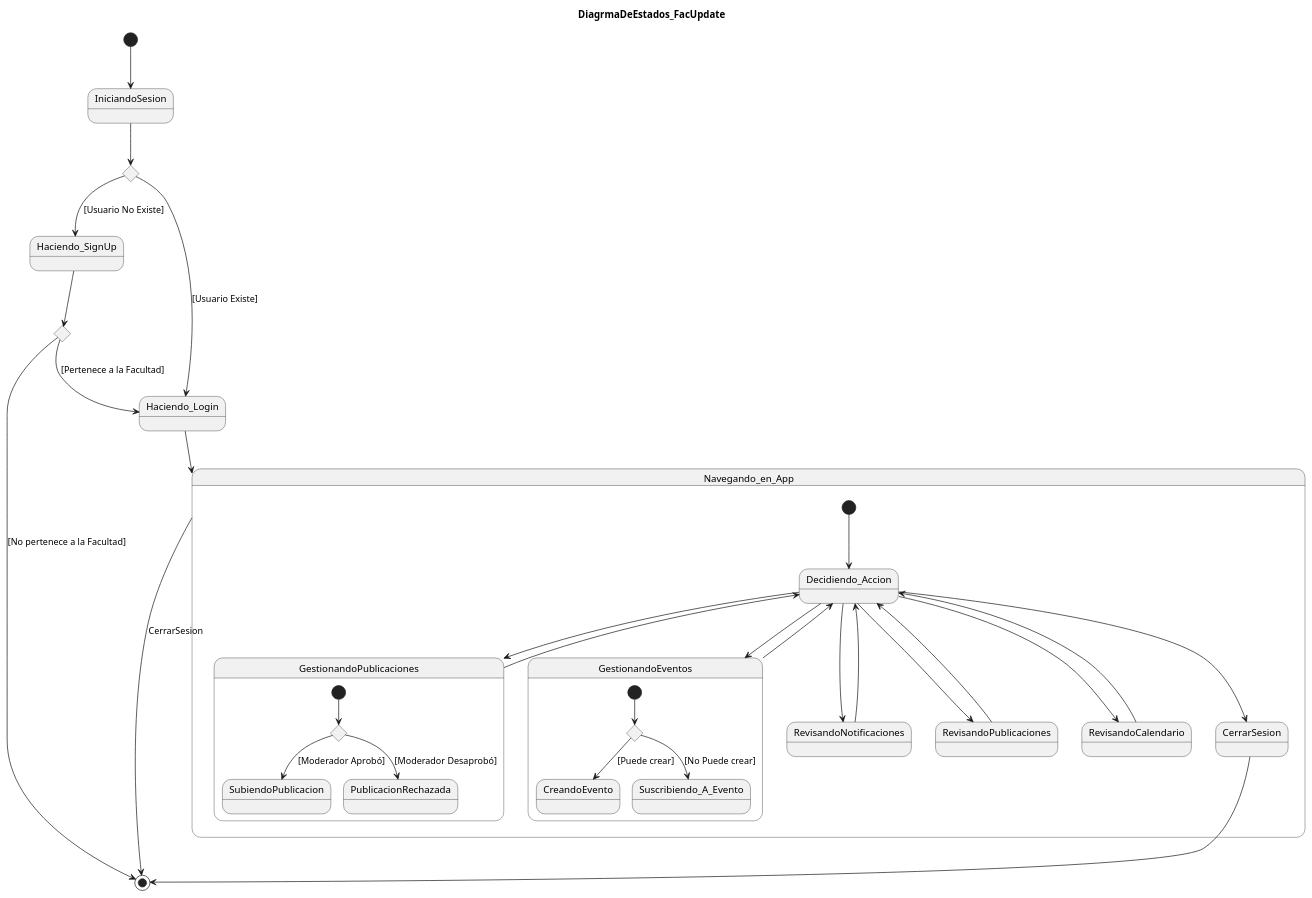
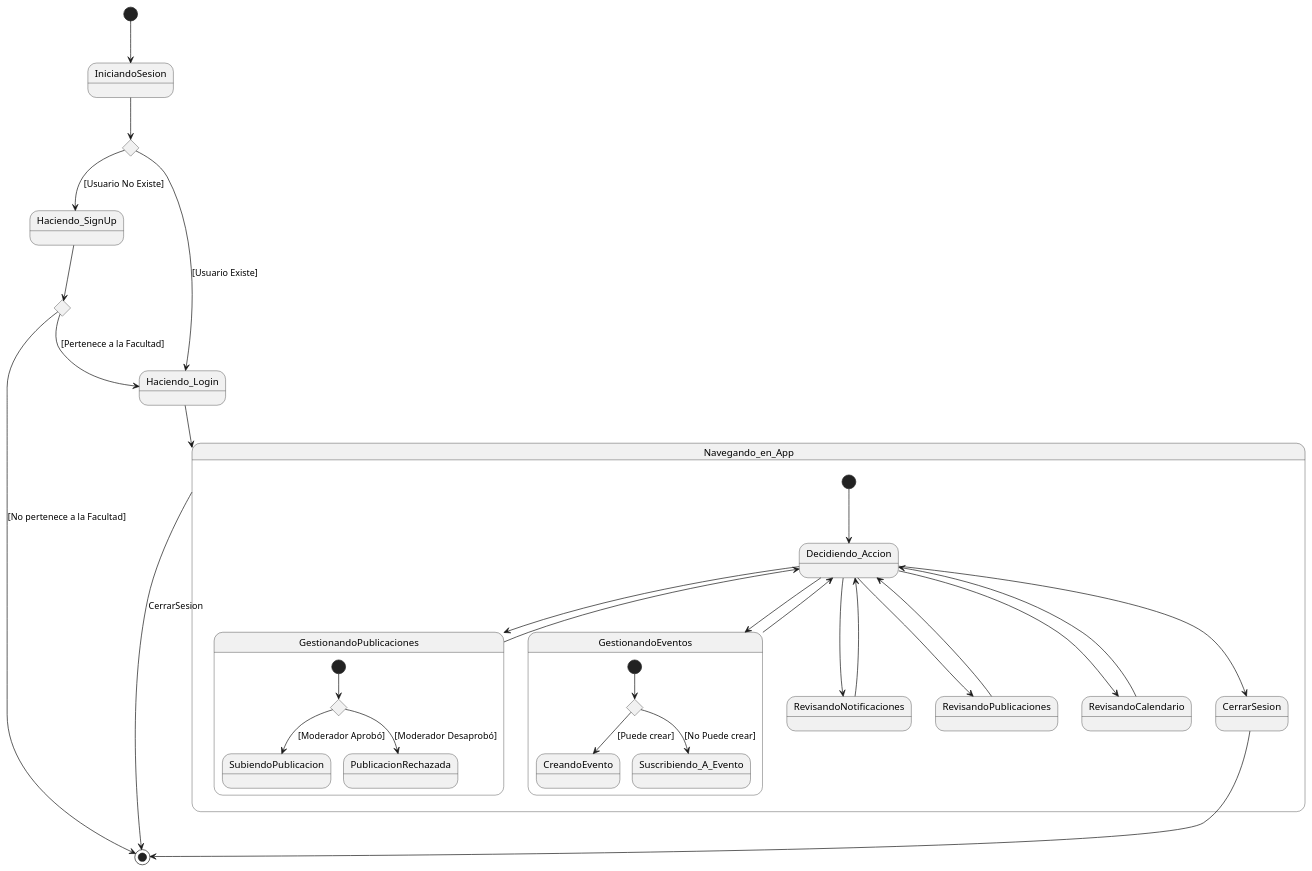
The diagram in docs/scenariosView/stateDiagram.plantuml (Danfloca02/ProyectoFacUpdate), drawn with PlantUML before and after one commit.

Commit message:
Diagramas y carpetas cargadas

```diff
--- a/docs/scenariosView/stateDiagram.plantuml
+++ b/docs/scenariosView/stateDiagram.plantuml
@@ -3,53 +3,51 @@
 @startuml
-title DiagrmaDeEstados_FacUpdate
-
 [*] --> IniciandoSesion
 
 state c1 <<choice>>
 IniciandoSesion --> c1
 
 c1 --> Haciendo_SignUp : [Usuario No Existe]
 state c2 <<choice>>
 Haciendo_SignUp --> c2
 c2 --> Haciendo_Login : [Pertenece a la Facultad]
 Haciendo_Login --> Navegando_en_App
 c2 --> [*] : [No pertenece a la Facultad]
 
 c1 --> Haciendo_Login : [Usuario Existe]
 
 state Navegando_en_App {
     [*] -down-> Decidiendo_Accion
     
     state GestionandoPublicaciones {
         state c3 <<choice>>
         [*] --> c3
         c3 --> SubiendoPublicacion : [Moderador Aprobó]
         c3 --> PublicacionRechazada : [Moderador Desaprobó]
     }
     
     state GestionandoEventos {
         state c4 <<choice>>
         [*] --> c4
         c4 -down-> CreandoEvento : [Puede crear]
         c4 -down-> Suscribiendo_A_Evento : [No Puede crear]
     }
     
 
     Decidiendo_Accion -down-> GestionandoPublicaciones
     Decidiendo_Accion -down-> RevisandoNotificaciones
     Decidiendo_Accion -down-> RevisandoPublicaciones
     Decidiendo_Accion -down-> RevisandoCalendario
     Decidiendo_Accion -down-> GestionandoEventos
     Decidiendo_Accion -down-> CerrarSesion
     
     GestionandoEventos -up-> Decidiendo_Accion
     GestionandoPublicaciones -up-> Decidiendo_Accion
     RevisandoNotificaciones -up-> Decidiendo_Accion
     RevisandoPublicaciones -up-> Decidiendo_Accion
     RevisandoCalendario -up-> Decidiendo_Accion
 }
 
 CerrarSesion --> [*]
 Navegando_en_App --> [*] : CerrarSesion
 
 @enduml
```
